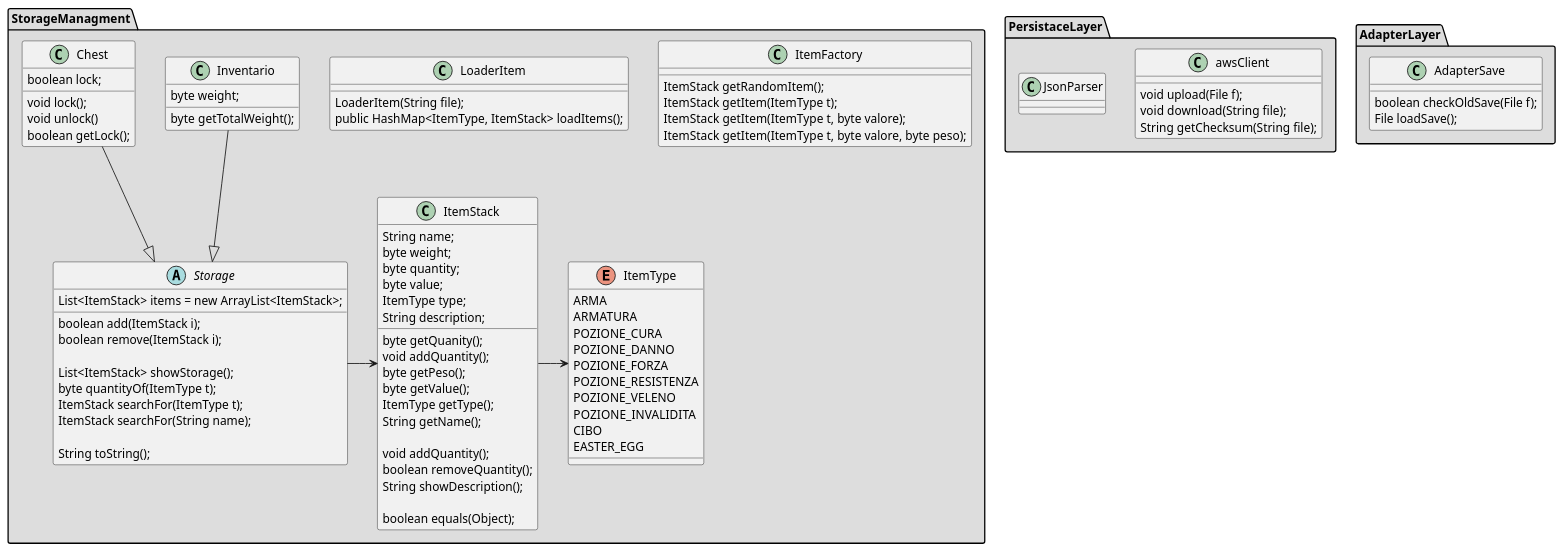
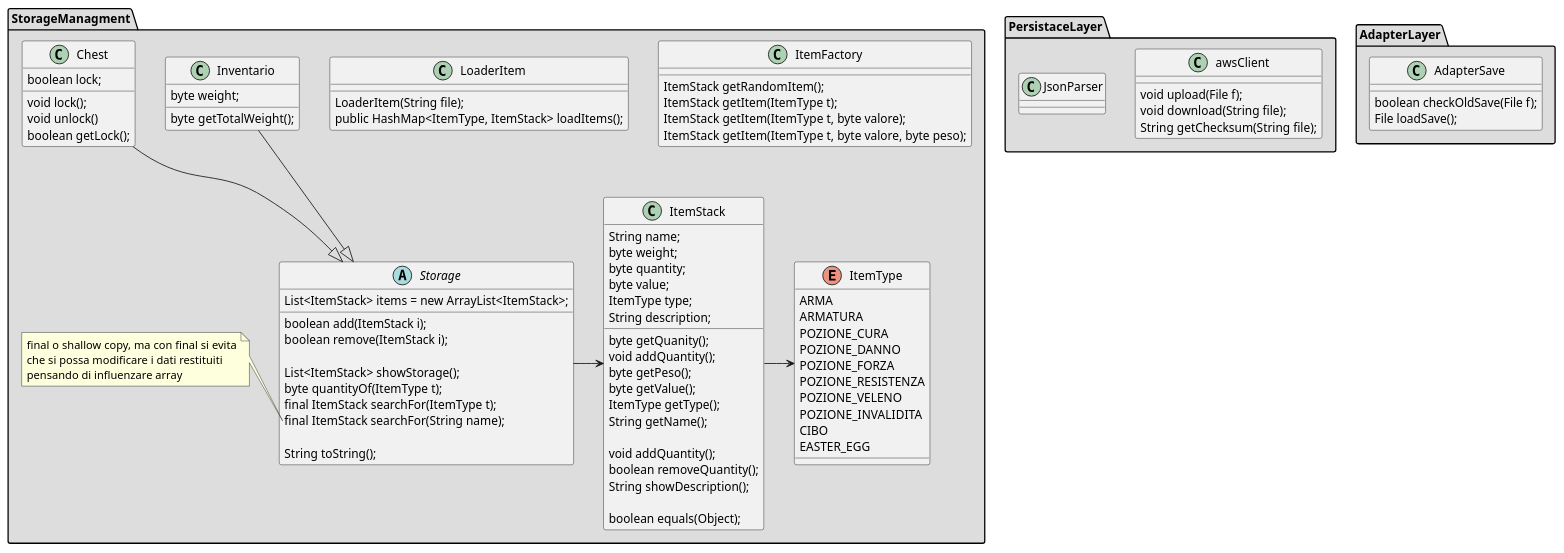
One commit to PdP03/ACMD changed the diagram in DiagrammiUML/ClassDiagram(Storage-Persistance-Adapter).puml. Above: the diagram before and after it, drawn with PlantUML.

Commit message:
Update ClassDiagram(Storage-Persistance-Adapter).puml
messi dei return di liste final

```diff
--- a/DiagrammiUML/ClassDiagram(Storage-Persistance-Adapter).puml
+++ b/DiagrammiUML/ClassDiagram(Storage-Persistance-Adapter).puml
@@ -1,109 +1,114 @@
 @startuml
 package "StorageManagment" #DDDDDD{  /'songole tipologie elementi'/
 class ItemFactory
 {
   ItemStack getRandomItem();
   ItemStack getItem(ItemType t);
   ItemStack getItem(ItemType t, byte valore);
   ItemStack getItem(ItemType t, byte valore, byte peso);
 }
 
 class LoaderItem{
   LoaderItem(String file);
   public HashMap<ItemType, ItemStack> loadItems();
 }
 
 class ItemStack {
   String name;
   byte weight;
   byte quantity;
   byte value;
   ItemType type;   
   String description;
    
   byte getQuanity();
   void addQuantity();
   byte getPeso();
   byte getValue();
   ItemType getType();
   String getName();
 
   void addQuantity();
   boolean removeQuantity();
   String showDescription();
 
   boolean equals(Object);
 }
 
 enum ItemType{
   ARMA
   ARMATURA
   POZIONE_CURA
   POZIONE_DANNO
   POZIONE_FORZA
   POZIONE_RESISTENZA
   POZIONE_VELENO
   POZIONE_INVALIDITA
   CIBO
   EASTER_EGG
 }
 
 /'gestione di infiniti item'/
 abstract Storage{   
   List<ItemStack> items = new ArrayList<ItemStack>;
 
   boolean add(ItemStack i);
   boolean remove(ItemStack i);
 
   List<ItemStack> showStorage();
   byte quantityOf(ItemType t);
-  ItemStack searchFor(ItemType t);
-  ItemStack searchFor(String name);
+  final ItemStack searchFor(ItemType t);
+  final ItemStack searchFor(String name);
 
   String toString();
 }
+note left of Storage::"searchFor(String name)"
+final o shallow copy, ma con final si evita
+che si possa modificare i dati restituiti
+pensando di influenzare array
+end note
 
 class Inventario{
   byte weight;
   byte getTotalWeight();
 }
 
 class Chest{
   boolean lock;
   
   void lock();
   void unlock()
   boolean getLock();
 
 }
 
 }
 Storage -> ItemStack 
 Inventario --|> Storage
 
 Chest --|> Storage
 ItemStack -> ItemType
 
 
 
 
 package PersistaceLayer #DDDDDD{
   class awsClient{
     void upload(File f);
     void download(String file);
     String getChecksum(String file);  
   }
 
   class JsonParser{
     
   }
   
 }
 
 package AdapterLayer #DDDDDD{
   class AdapterSave{
     boolean checkOldSave(File f);
     File loadSave(); /'file'/
   }
 }
 @enduml
```
